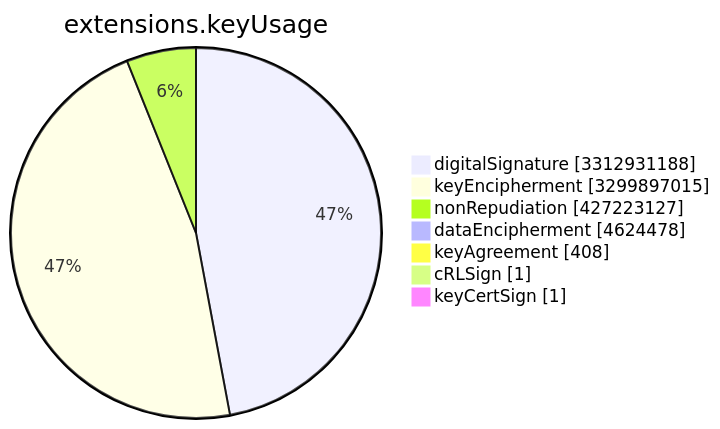
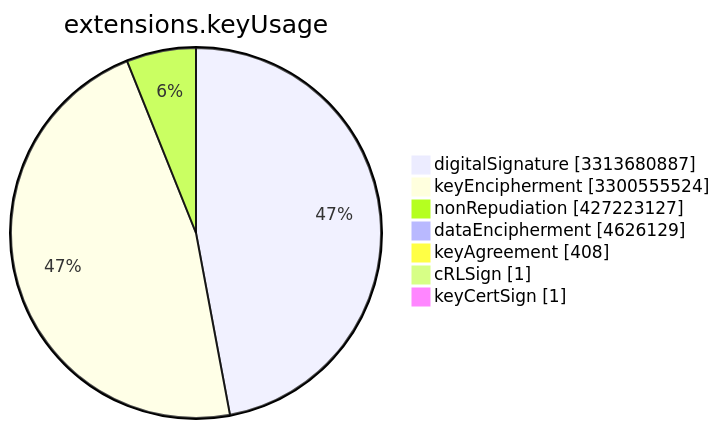
The sixth of 15 diagrams in TOTAL/README.md (christiankrug/ctmonitor_visualization), drawn with Mermaid before and after one commit. The commit also changed other lines of this file, not shown here.

````diff
--- a/TOTAL/README.md
+++ b/TOTAL/README.md
@@ -3078,11 +3078,11 @@
 ```mermaid
 pie showData
 title extensions.keyUsage
-"digitalSignature" :3312931188
-"keyEncipherment" :3299897015
+"digitalSignature" :3313680887
+"keyEncipherment" :3300555524
 "nonRepudiation" :427223127
-"dataEncipherment" :4624478
+"dataEncipherment" :4626129
 "keyAgreement" :408
 "cRLSign" :1
 "keyCertSign" :1
 ```
````
